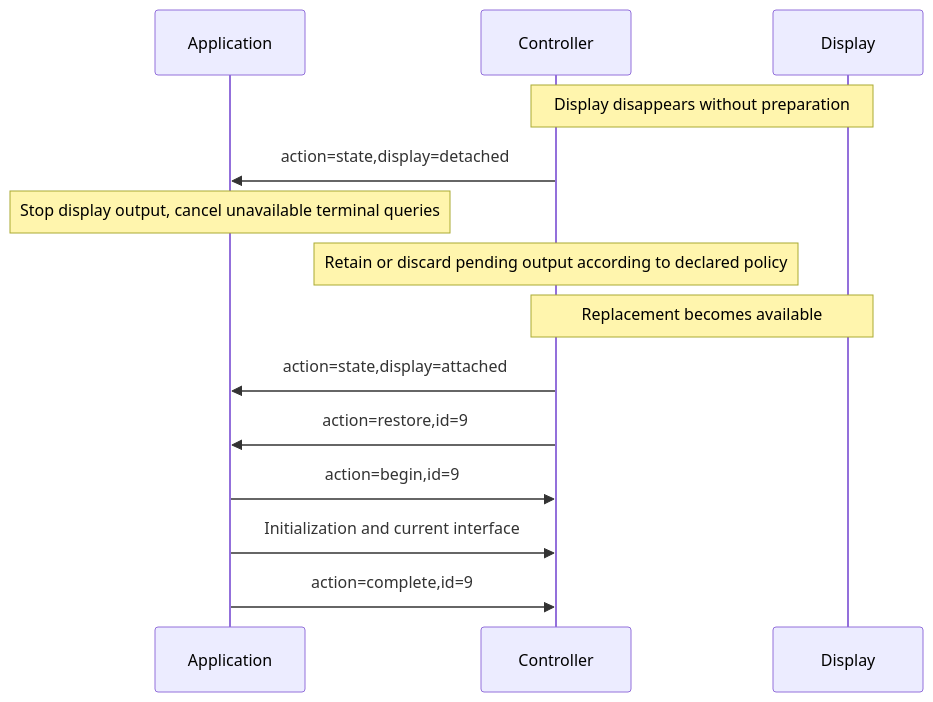
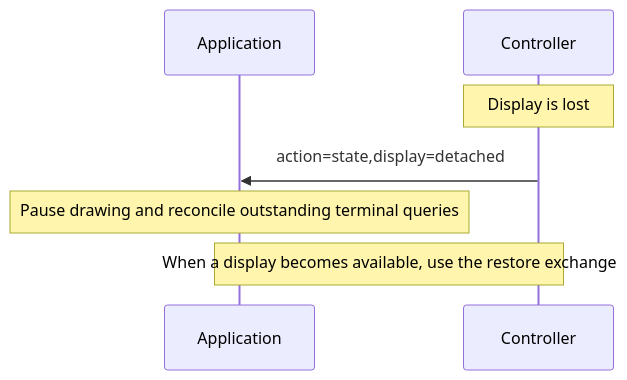
Before and after one commit to claes/kittyplex: the sixth of 7 diagrams in docs/terminal-recovery-protocol-spec.md, drawn with Mermaid. The commit also changed other lines of this file and 2 other files, not shown here.

Commit message:
Simplify state diagram etc

````diff
--- a/docs/terminal-recovery-protocol-spec.md
+++ b/docs/terminal-recovery-protocol-spec.md
@@ -301,16 +296,9 @@
 ```mermaid
 sequenceDiagram
     participant A as Application
     participant C as Controller
-    participant D as Display
-    Note over C,D: Display disappears without preparation
+    Note over C: Display is lost
     C->>A: action=state,display=detached
-    Note over A: Stop display output, cancel unavailable terminal queries
-    Note over C: Retain or discard pending output according to declared policy
-    Note over C,D: Replacement becomes available
-    C->>A: action=state,display=attached
-    C->>A: action=restore,id=9
-    A->>C: action=begin,id=9
-    A->>C: Initialization and current interface
-    A->>C: action=complete,id=9
+    Note over A: Pause drawing and reconcile outstanding terminal queries
+    Note over A,C: When a display becomes available, use the restore exchange
 ```
````
